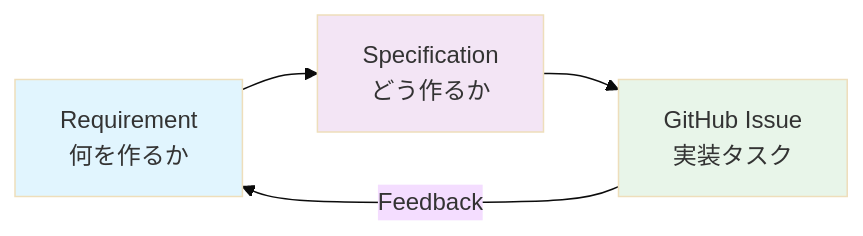
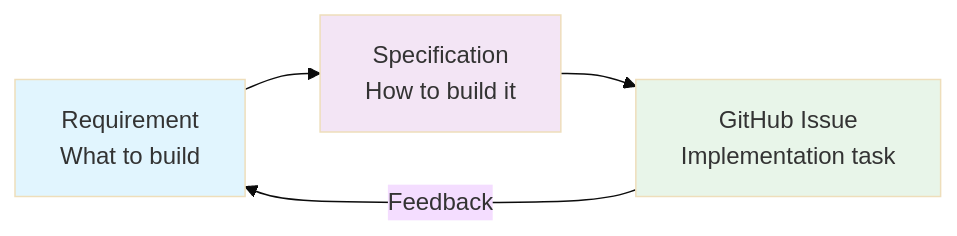
The diagram in docs/about/02-purpose.md (kicchann/reqord), drawn with Mermaid (base theme) before and after one commit. The commit also changed other lines of this file and 44 other files, not shown here.

````diff
--- a/docs/about/02-purpose.md
+++ b/docs/about/02-purpose.md
@@ -17,10 +19,10 @@
 ```mermaid
 graph LR
-    R[Requirement<br/>何を作るか] --> S[Specification<br/>どう作るか]
-    S --> I[GitHub Issue<br/>実装タスク]
+    R[Requirement<br/>What to build] --> S[Specification<br/>How to build it]
+    S --> I[GitHub Issue<br/>Implementation task]
     I --> |Feedback| R
 
     style R fill:#e1f5fe
     style S fill:#f3e5f5
     style I fill:#e8f5e9
 ```
````
